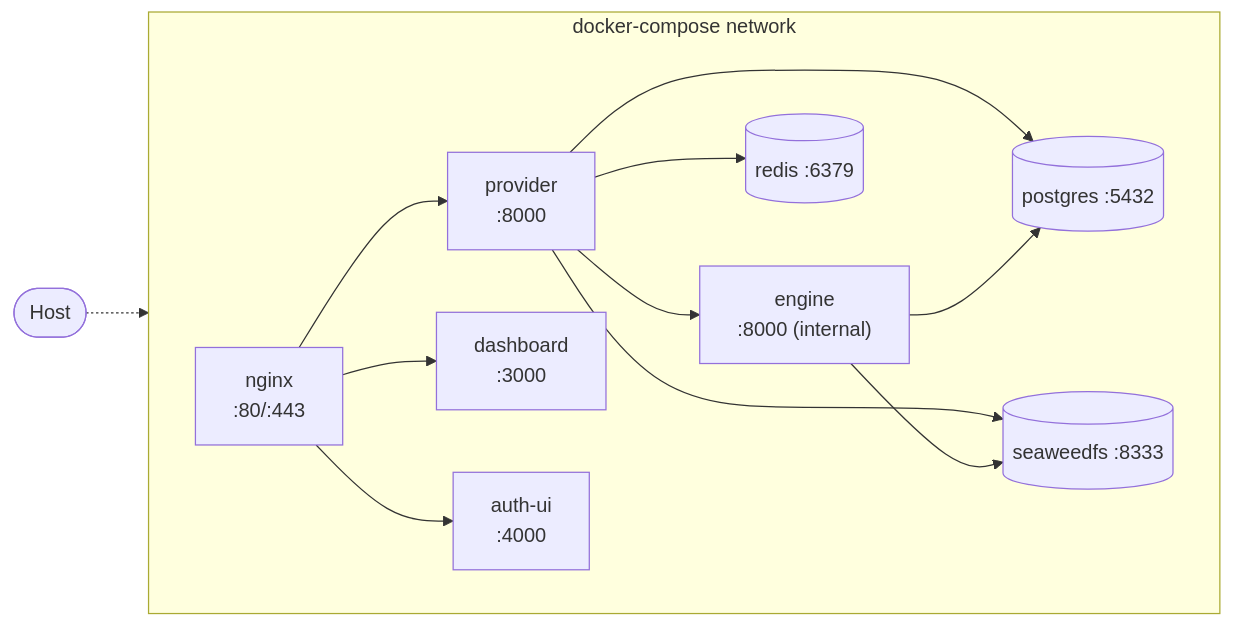
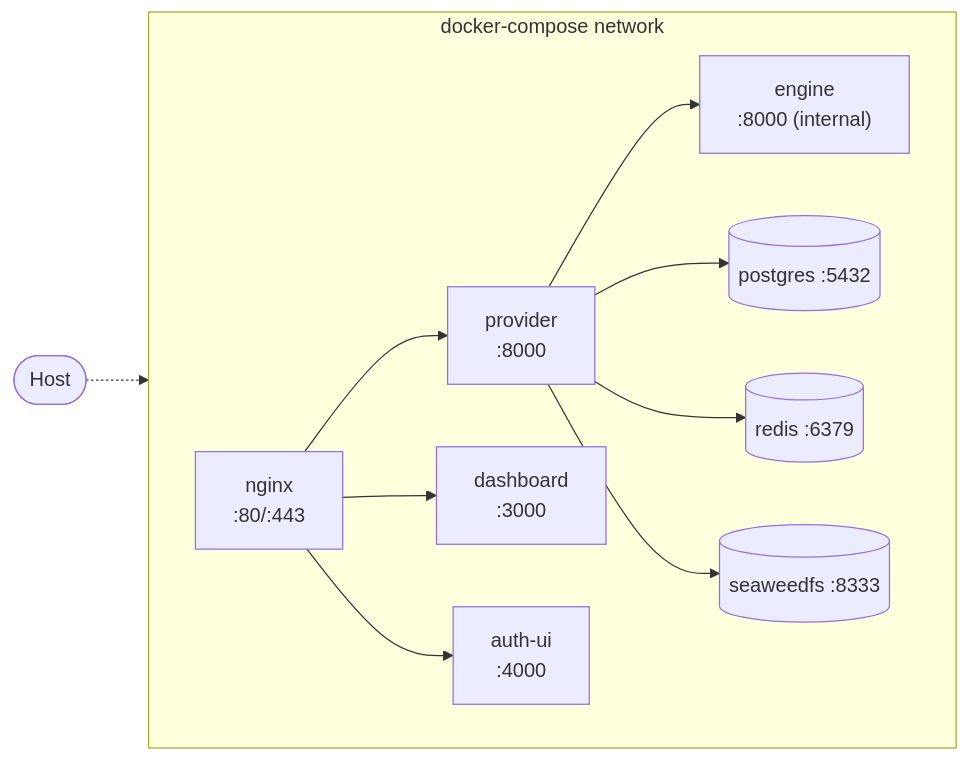
Before and after one commit to Project-IDEN/iden: the seventh of 7 diagrams in README.md, drawn with Mermaid. The commit also changed other lines of this file and 4 other files, not shown here.

````diff
--- a/README.md
+++ b/README.md
@@ -559,26 +555,24 @@
 ```mermaid
 flowchart LR
   Host(["Host"]) -.-> Nginx
 
   subgraph Net["docker-compose network"]
     direction LR
     Nginx["nginx<br/>:80/:443"]
     Provider["provider<br/>:8000"]
     Dashboard["dashboard<br/>:3000"]
     AuthUI["auth-ui<br/>:4000"]
     Engine["engine<br/>:8000 (internal)"]
     PG[("postgres :5432")]
     RD[("redis :6379")]
     MN[("seaweedfs :8333")]
 
     Nginx --> Provider
     Nginx --> Dashboard
     Nginx --> AuthUI
     Provider --> Engine
     Provider --> PG
     Provider --> RD
     Provider --> MN
-    Engine --> PG
-    Engine --> MN
   end
 ```
````
